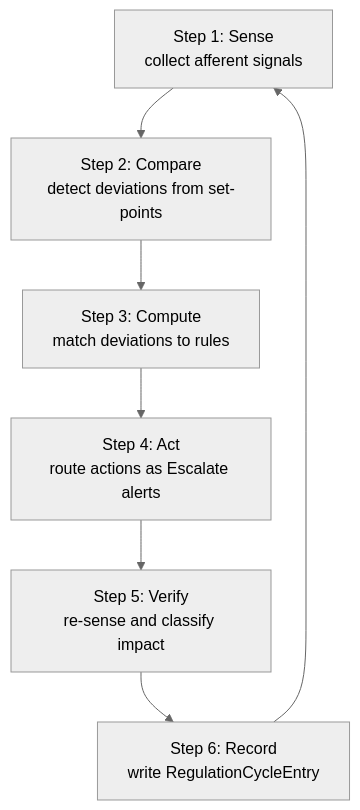
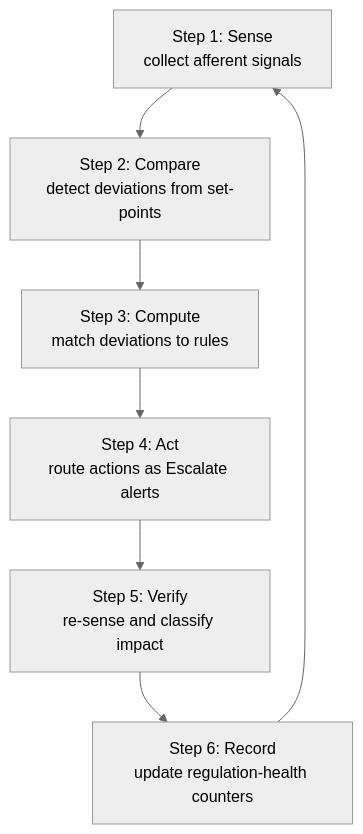
The diagram in kask/docs/diataxis/hkask-regulation/tutorial.md (mdz-axo/zed-kask), drawn with Mermaid (neutral theme) before and after one commit. The commit also changed other lines of this file and 13 other files, not shown here.

````diff
--- a/kask/docs/diataxis/hkask-regulation/tutorial.md
+++ b/kask/docs/diataxis/hkask-regulation/tutorial.md
@@ -39,9 +39,9 @@
 ```mermaid
 flowchart TD
     A[Step 1: Sense<br/>collect afferent signals] --> B[Step 2: Compare<br/>detect deviations from set-points]
     B --> C[Step 3: Compute<br/>match deviations to rules]
     C --> D[Step 4: Act<br/>route actions as Escalate alerts]
     D --> E[Step 5: Verify<br/>re-sense and classify impact]
-    E --> F[Step 6: Record<br/>write RegulationCycleEntry]
+    E --> F[Step 6: Record<br/>update regulation-health counters]
     F --> A
 ```
````
